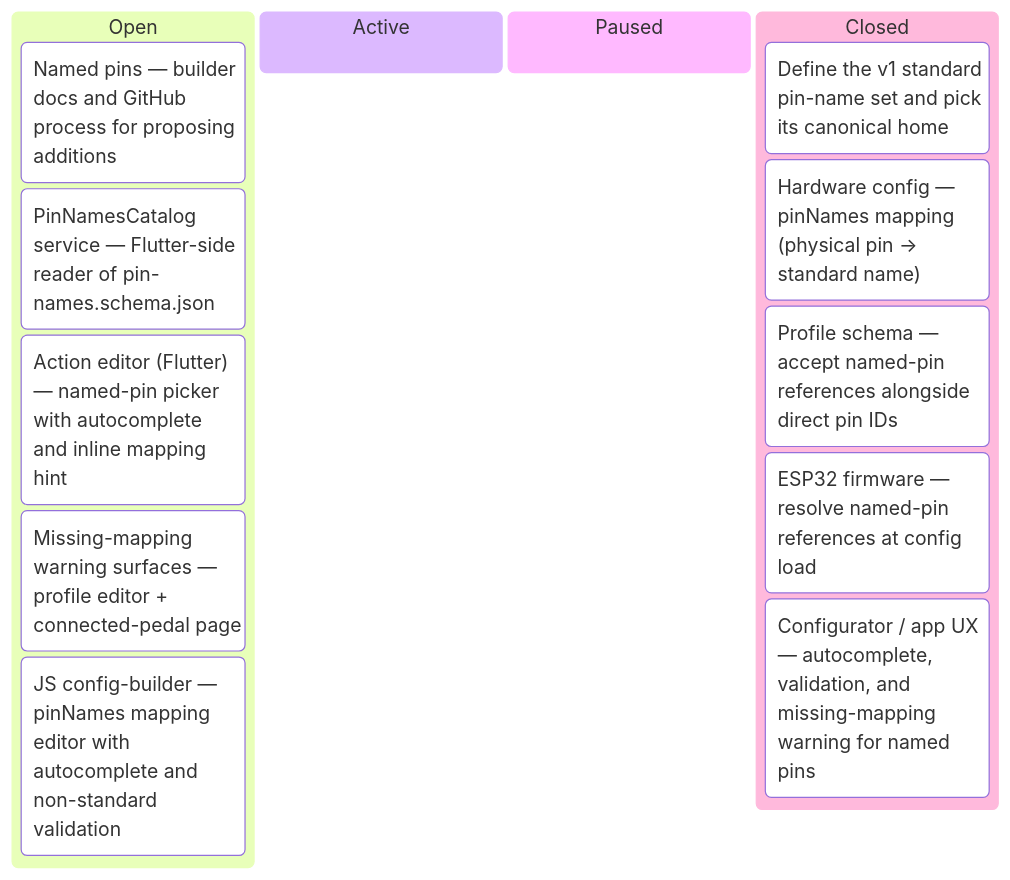
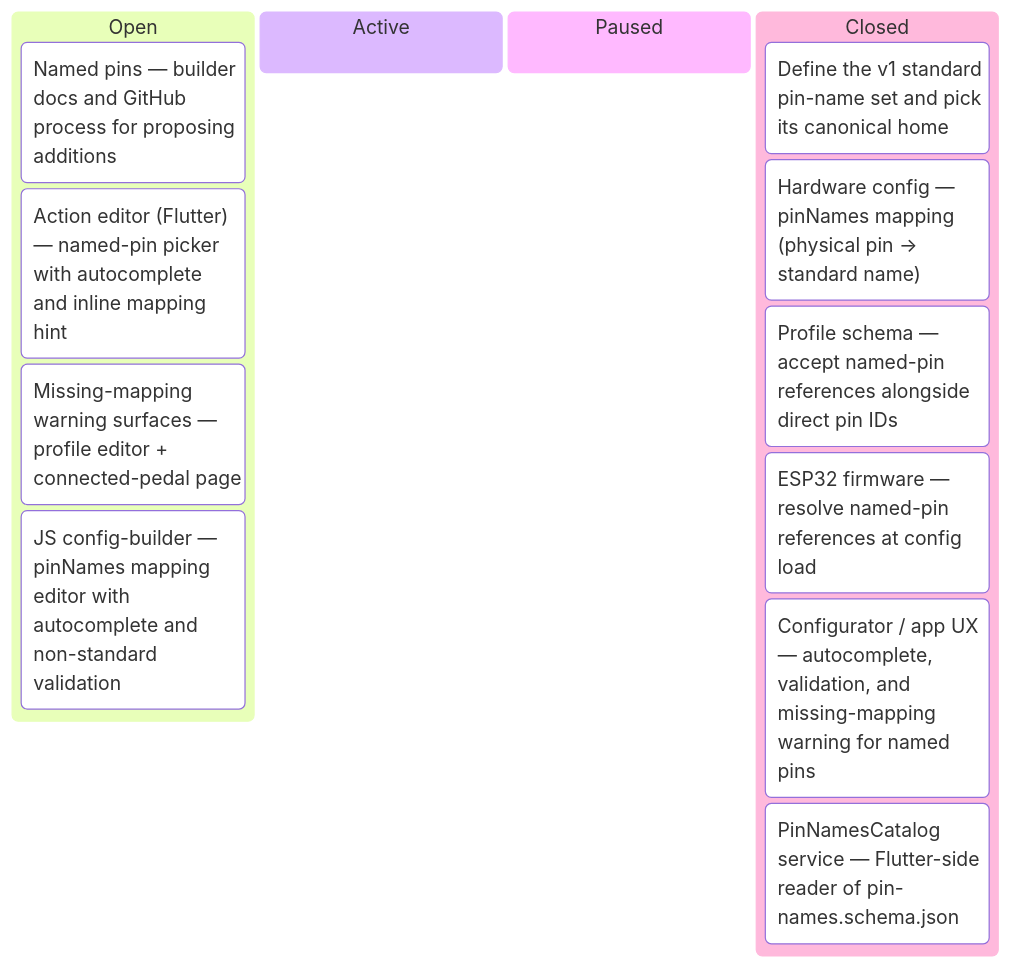
Before and after one commit to tgd1975/AwesomeGuitarPedal: the fourth of 9 diagrams in docs/developers/tasks/KANBAN.md, drawn with Mermaid. The commit also changed other lines of this file and 5 other files, not shown here.

First line of the commit message:
close TASK-389: PinNamesCatalog service (EPIC-029)

````diff
--- a/docs/developers/tasks/KANBAN.md
+++ b/docs/developers/tasks/KANBAN.md
@@ -52,17 +52,17 @@
 ```mermaid
 kanban
   Open
     TASK_382["Named pins — builder docs and GitHub process for proposing additions"]
-    TASK_389["PinNamesCatalog service — Flutter-side reader of pin-names.schema.json"]
     TASK_390["Action editor (Flutter) — named-pin picker with autocomplete and inline mapping hint"]
     TASK_391["Missing-mapping warning surfaces — profile editor + connected-pedal page"]
     TASK_392["JS config-builder — pinNames mapping editor with autocomplete and non-standard validation"]
   Active
   Paused
   Closed
     TASK_377["Define the v1 standard pin-name set and pick its canonical home"]
     TASK_378["Hardware config — pinNames mapping (physical pin → standard name)"]
     TASK_379["Profile schema — accept named-pin references alongside direct pin IDs"]
     TASK_380["ESP32 firmware — resolve named-pin references at config load"]
     TASK_381["Configurator / app UX — autocomplete, validation, and missing-mapping warning for named pins"]
+    TASK_389["PinNamesCatalog service — Flutter-side reader of pin-names.schema.json"]
 ```
````
